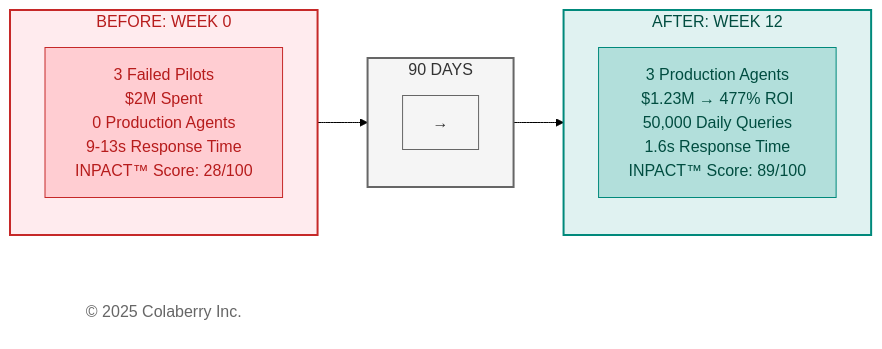
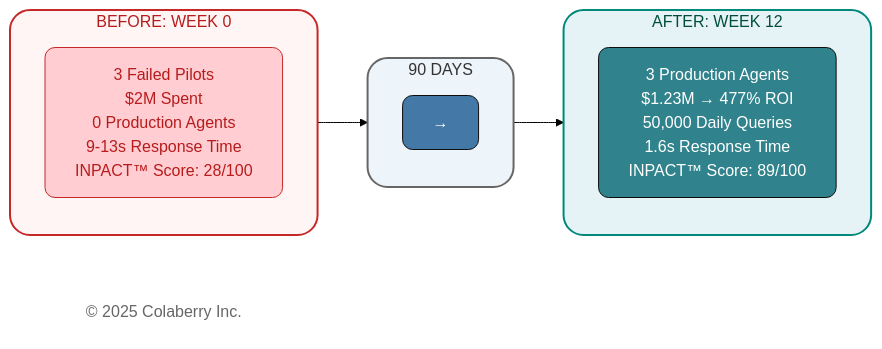
The first of 4 diagrams in manuscript/01_chapter_0_trust_before_intelligence.md (saitejesh-cyber/trust-before-intelligence-book), drawn with Mermaid (forest theme) before and after one commit. The commit also changed other lines of this file, not shown here.

Commit message:
Option1: Updated mermaid diagrams based on new colaberry color code

````diff
--- a/manuscript/01_chapter_0_trust_before_intelligence.md
+++ b/manuscript/01_chapter_0_trust_before_intelligence.md
@@ -15,31 +15,31 @@
 ```mermaid
 
 graph LR
     subgraph BEFORE["BEFORE: WEEK 0"]
         direction TB
         B1["3 Failed Pilots<br/>$2M Spent<br/>0 Production Agents<br/>9-13s Response Time<br/>INPACT™ Score: 28/100"]
     end
     
     subgraph TRANSFORM["90 DAYS"]
         direction TB
         T1["→"]
     end
     
     subgraph AFTER["AFTER: WEEK 12"]
         direction TB
         A1["3 Production Agents<br/>$1.23M → 477% ROI<br/>50,000 Daily Queries<br/>1.6s Response Time<br/>INPACT™ Score: 89/100"]
     end
     
     Copyright["© 2025 Colaberry Inc."]
     
     BEFORE --> TRANSFORM --> AFTER
     
-    style BEFORE fill:#ffebee,stroke:#c62828,stroke-width:2px,color:#b71c1c
-    style TRANSFORM fill:#f5f5f5,stroke:#666666,stroke-width:2px,color:#333333
-    style AFTER fill:#e0f2f1,stroke:#00897b,stroke-width:2px,color:#004d40
-    style B1 fill:#ffcdd2,stroke:#c62828,color:#b71c1c
-    style T1 fill:#f5f5f5,stroke:#666666,color:#333333
-    style A1 fill:#b2dfdb,stroke:#00897b,color:#004d40
-    style Copyright fill:#ffffff,stroke:none,color:#666666
+    style BEFORE fill:#fff5f5,stroke:#c62828,stroke-width:2px,color:#b71c1c,rx:2O,ry:20
+    style TRANSFORM fill:#edf4fa,stroke:#666666,stroke-width:2px,color:#333333,rx:2O,ry:20
+    style AFTER fill:#e6f3f6,stroke:#00897b,stroke-width:2px,color:#004d40,rx:2O,ry:20
+    style B1 fill:#ffcdd2,stroke:#c62828,stroke-width:1px,color:#b71c1c,rx:1O,ry:10
+    style T1 fill:#4478A6,stroke:#0D0D0D,stroke-width:1px,color:#ffffff,rx:1O,ry:10
+    style A1 fill:#30838C,stroke:#0D0D0D,stroke-width:1px,color:#ffffff,rx:1O,ry:10
+    style Copyright fill:none,stroke:none,color:#666666
     
 ```
````
